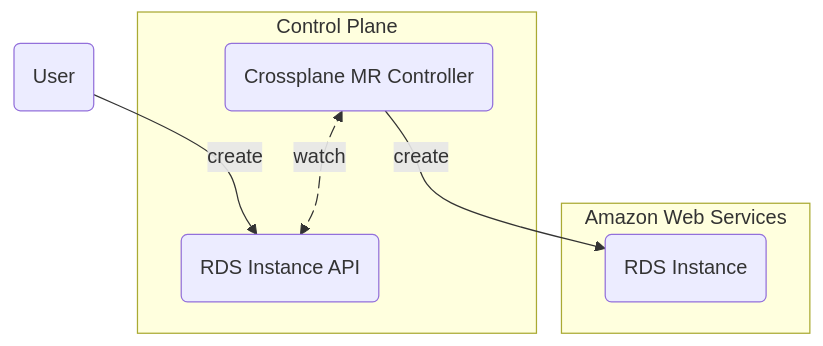
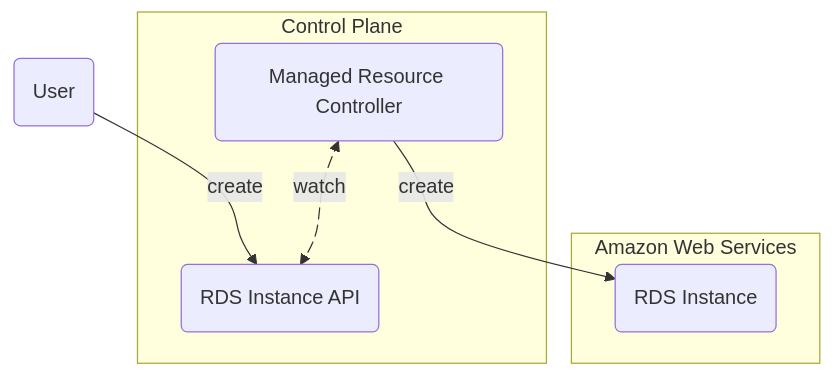
Before and after one commit to crossplane/docs: the third of 4 diagrams in content/v2.0-preview/what-is-crossplane/_index.md, drawn with Mermaid. The commit also changed other lines of this file, not shown here.

First line of the commit message:
Minor diagram tweaks

````diff
--- a/content/v2.0-preview/what-is-crossplane/_index.md
+++ b/content/v2.0-preview/what-is-crossplane/_index.md
@@ -156,19 +156,19 @@
 ```mermaid
 flowchart TD
 user(User)
 
 subgraph control [Control Plane]
   instance(RDS Instance API)
-  controller(Crossplane MR Controller)
+  controller(Managed Resource Controller)
 end
 
 subgraph aws [Amazon Web Services]
   rds(RDS Instance)
 end
 
 user -- create --> instance
 controller watch-rds@<-- watch --> instance
 controller -- create --> rds
 
 watch-rds@{animate: true}
 ```
````
